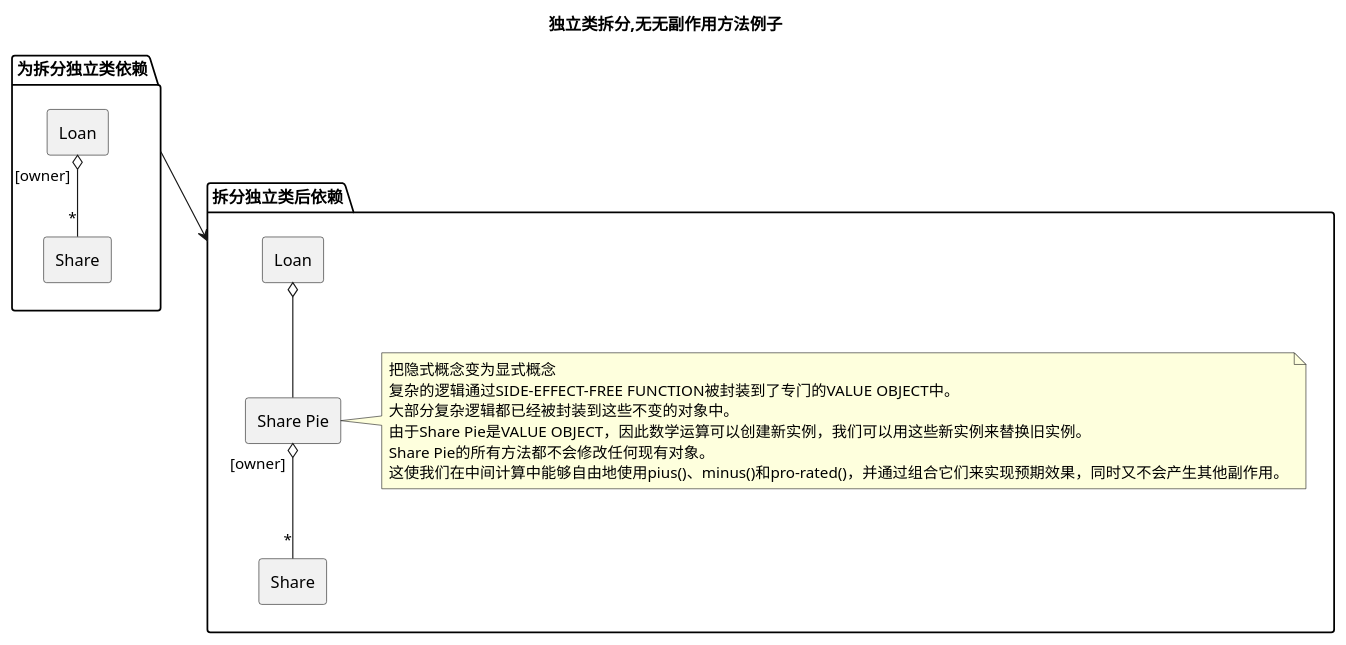
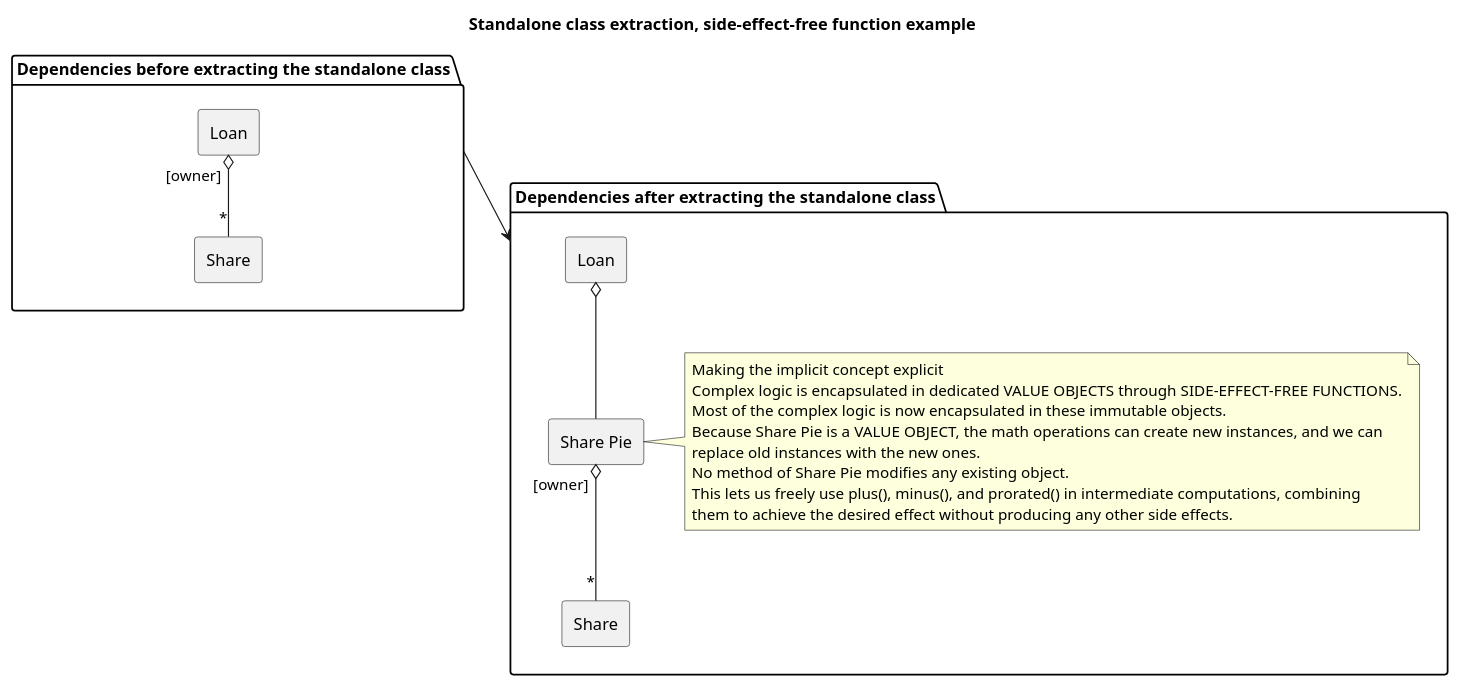
Before and after one commit to lindezhong/nvim-config: diagram 12 of 19 in snippets/ddd.md, drawn with PlantUML. The commit also changed other lines of this file and 17 other files, not shown here.

````diff
--- a/snippets/ddd.md
+++ b/snippets/ddd.md
@@ -922,32 +1191,34 @@
 ```plantuml
 @startuml
 allowmixing
-title 独立类拆分,无无副作用方法例子
-package 为拆分独立类依赖 {
+title Standalone class extraction, side-effect-free function example
+package "Dependencies before extracting the standalone class" as before {
     rectangle "Loan" as l1
     rectangle "Share" as s1
     l1 "[owner]" o-- "*" s1
 
 }
-package 拆分独立类后依赖 {
+package "Dependencies after extracting the standalone class" as after {
     rectangle "Loan" as l2
     rectangle "Share Pie" as sp2
     note right of sp2
-    把隐式概念变为显式概念
-    复杂的逻辑通过SIDE-EFFECT-FREE FUNCTION被封装到了专门的VALUE OBJECT中。
-    大部分复杂逻辑都已经被封装到这些不变的对象中。
-    由于Share Pie是VALUE OBJECT，因此数学运算可以创建新实例，我们可以用这些新实例来替换旧实例。
-    Share Pie的所有方法都不会修改任何现有对象。
-    这使我们在中间计算中能够自由地使用pius()、minus()和pro-rated()，并通过组合它们来实现预期效果，同时又不会产生其他副作用。
+    Making the implicit concept explicit
+    Complex logic is encapsulated in dedicated VALUE OBJECTS through SIDE-EFFECT-FREE FUNCTIONS.
+    Most of the complex logic is now encapsulated in these immutable objects.
+    Because Share Pie is a VALUE OBJECT, the math operations can create new instances, and we can
+    replace old instances with the new ones.
+    No method of Share Pie modifies any existing object.
+    This lets us freely use plus(), minus(), and prorated() in intermediate computations, combining
+    them to achieve the desired effect without producing any other side effects.
     end note
-    
+
     rectangle "Share" as s2
     l2 o-- sp2
     sp2 "[owner]" o-- "*" s2
 }
 
-为拆分独立类依赖 -down-> 拆分独立类后依赖
+before -down-> after
 
 
 @enduml
 ```
````
